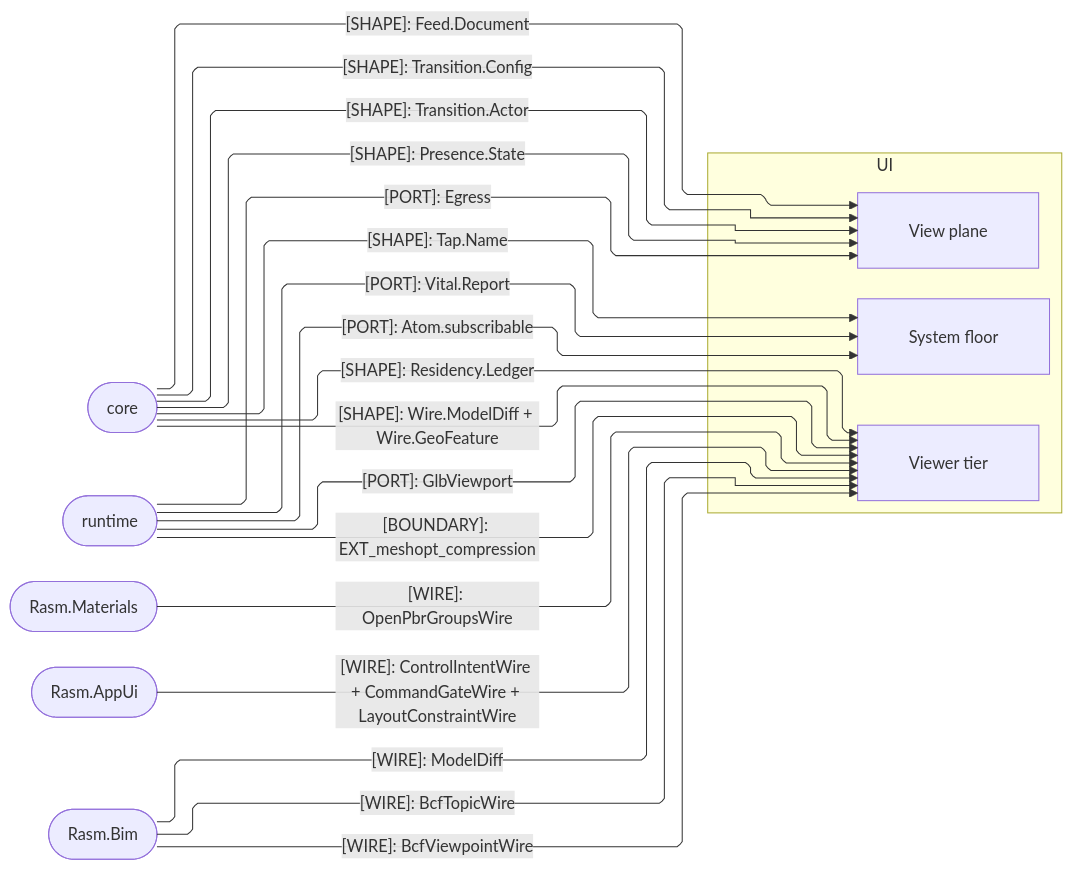
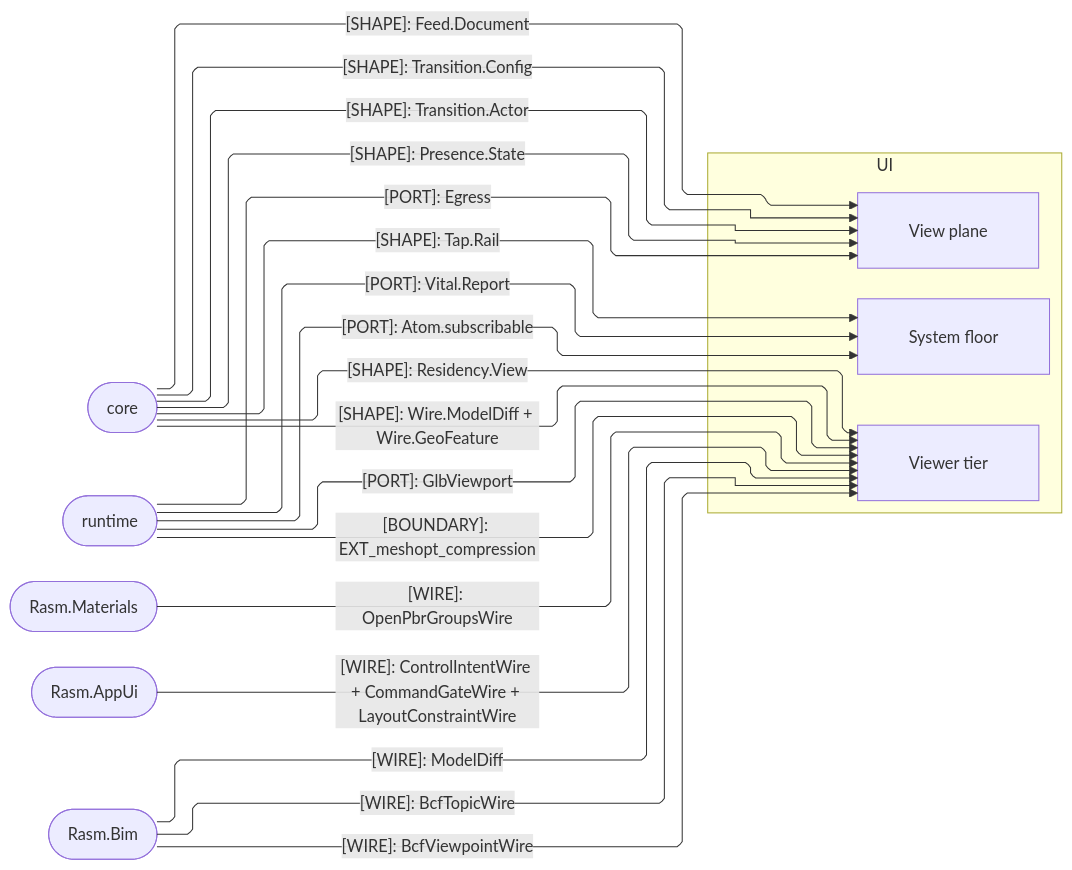
Before and after one commit to bsamiee/Rasm: the second of 3 diagrams in libs/typescript/ui/ARCHITECTURE.md, drawn with Mermaid. The commit also changed other lines of this file and 272 other files, not shown here.

````diff
--- a/libs/typescript/ui/ARCHITECTURE.md
+++ b/libs/typescript/ui/ARCHITECTURE.md
@@ -103,39 +103,39 @@
 ```mermaid
 ---
 config:
   layout: elk
   flowchart:
     curve: linear
     padding: 25
 ---
 flowchart LR
     accTitle: UI package seam registry
     accDescr: Which value, wire, port, and receipt contracts cross between the ui owners and their core, runtime, and C# counterparts.
     subgraph ui[UI]
         System[System floor]
         View[View plane]
         Viewer[Viewer tier]
     end
     Core([core])
     Runtime([runtime])
     Materials([Rasm.Materials])
     AppUi([Rasm.AppUi])
     Bim([Rasm.Bim])
     Core e1@-->|"[SHAPE]: Feed.Document"| View
     Core e2@-->|"[SHAPE]: Transition.Config"| View
     Core e3@-->|"[SHAPE]: Transition.Actor"| View
     Core e4@-->|"[SHAPE]: Presence.State"| View
-    Core e5@-->|"[SHAPE]: Residency.Ledger"| Viewer
+    Core e5@-->|"[SHAPE]: Residency.View"| Viewer
     Core e6@-->|"[SHAPE]: Wire.ModelDiff + Wire.GeoFeature"| Viewer
-    Core e7@-->|"[SHAPE]: Tap.Name"| System
+    Core e7@-->|"[SHAPE]: Tap.Rail"| System
     Runtime e8@-->|"[PORT]: Atom.subscribable"| System
     Runtime e9@-->|"[PORT]: GlbViewport"| Viewer
     Runtime e10@-->|"[PORT]: Vital.Report"| System
     Runtime e11@-->|"[BOUNDARY]: EXT_meshopt_compression"| Viewer
     Runtime e12@-->|"[PORT]: Egress"| View
     Materials e13@-->|"[WIRE]: OpenPbrGroupsWire"| Viewer
     AppUi e14@-->|"[WIRE]: ControlIntentWire + CommandGateWire + LayoutConstraintWire"| Viewer
     Bim e15@-->|"[WIRE]: BcfTopicWire"| Viewer
     Bim e16@-->|"[WIRE]: BcfViewpointWire"| Viewer
     Bim e17@-->|"[WIRE]: ModelDiff"| Viewer
 ```
````
